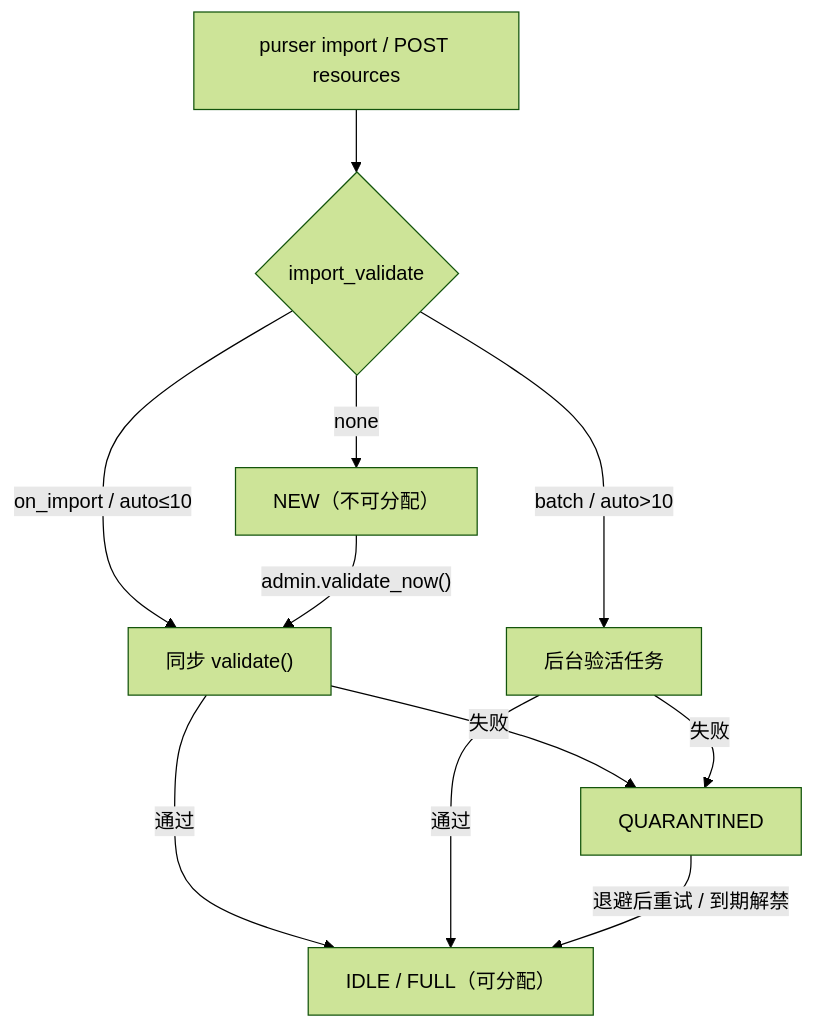
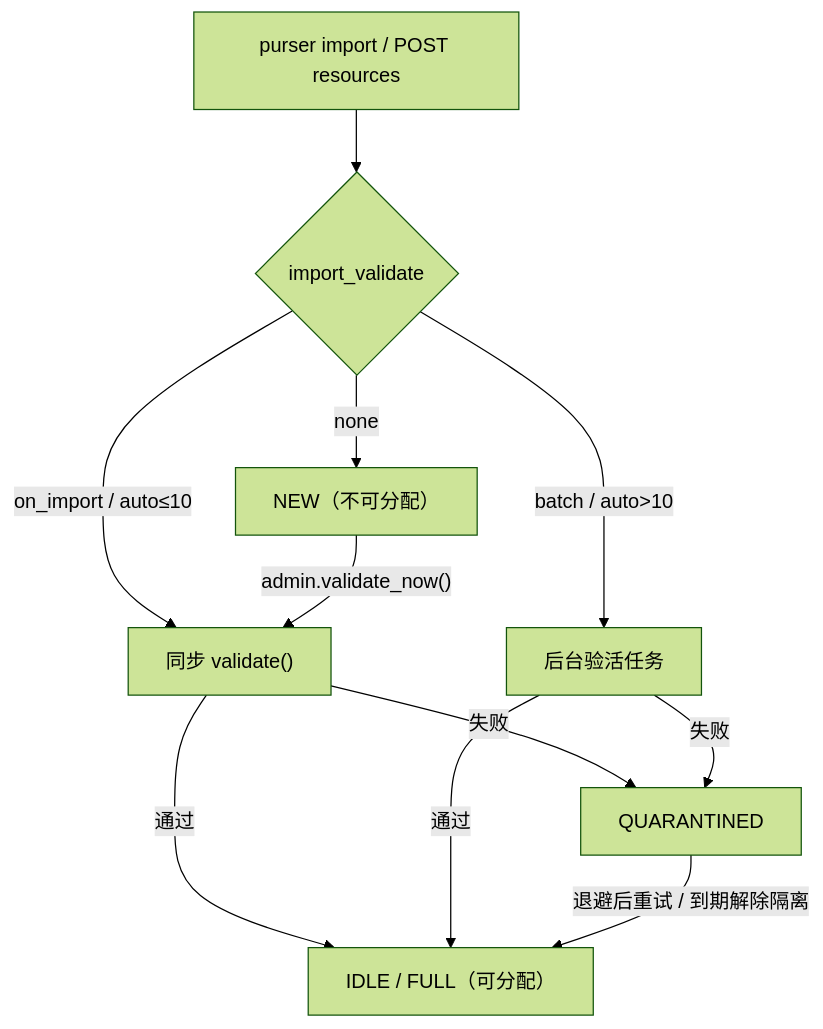
One commit to kusen-alpha/purser changed the diagram in docs/guides/import-and-validate.md. Above: the diagram before and after it, drawn with Mermaid (forest theme). The commit also changed other lines of this file and 80 other files, not shown here.

````diff
--- a/docs/guides/import-and-validate.md
+++ b/docs/guides/import-and-validate.md
@@ -16,13 +16,13 @@
 ```mermaid
 flowchart TD
     A["purser import / POST resources"] --> B{"import_validate"}
     B -->|none| C["NEW（不可分配）"]
     B -->|on_import / auto≤10| D["同步 validate()"]
     B -->|batch / auto>10| E["后台验活任务"]
     C -->|"admin.validate_now()"| D
     D -->|通过| F["IDLE / FULL（可分配）"]
     D -->|失败| G["QUARANTINED"]
     E -->|通过| F
     E -->|失败| G
-    G -->|"退避后重试 / 到期解禁"| F
+    G -->|"退避后重试 / 到期解除隔离"| F
 ```
````
